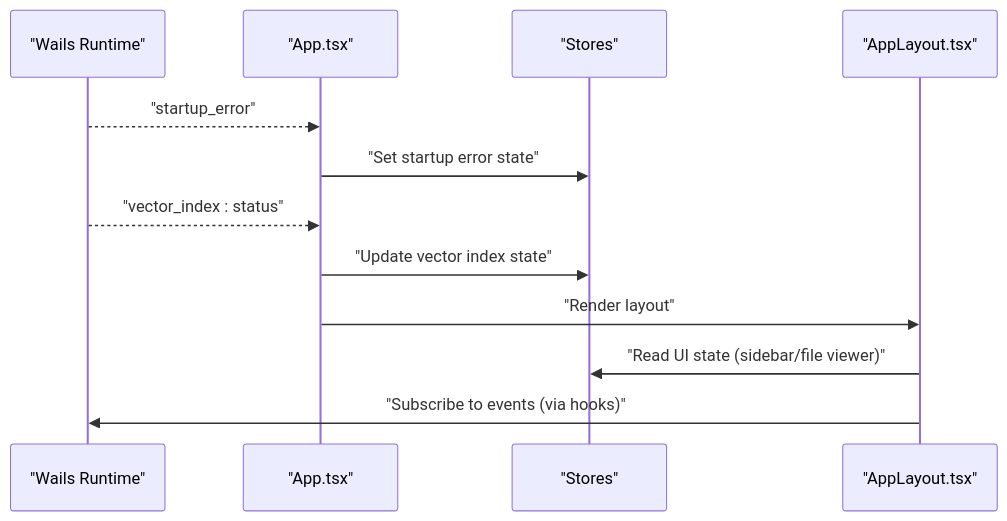
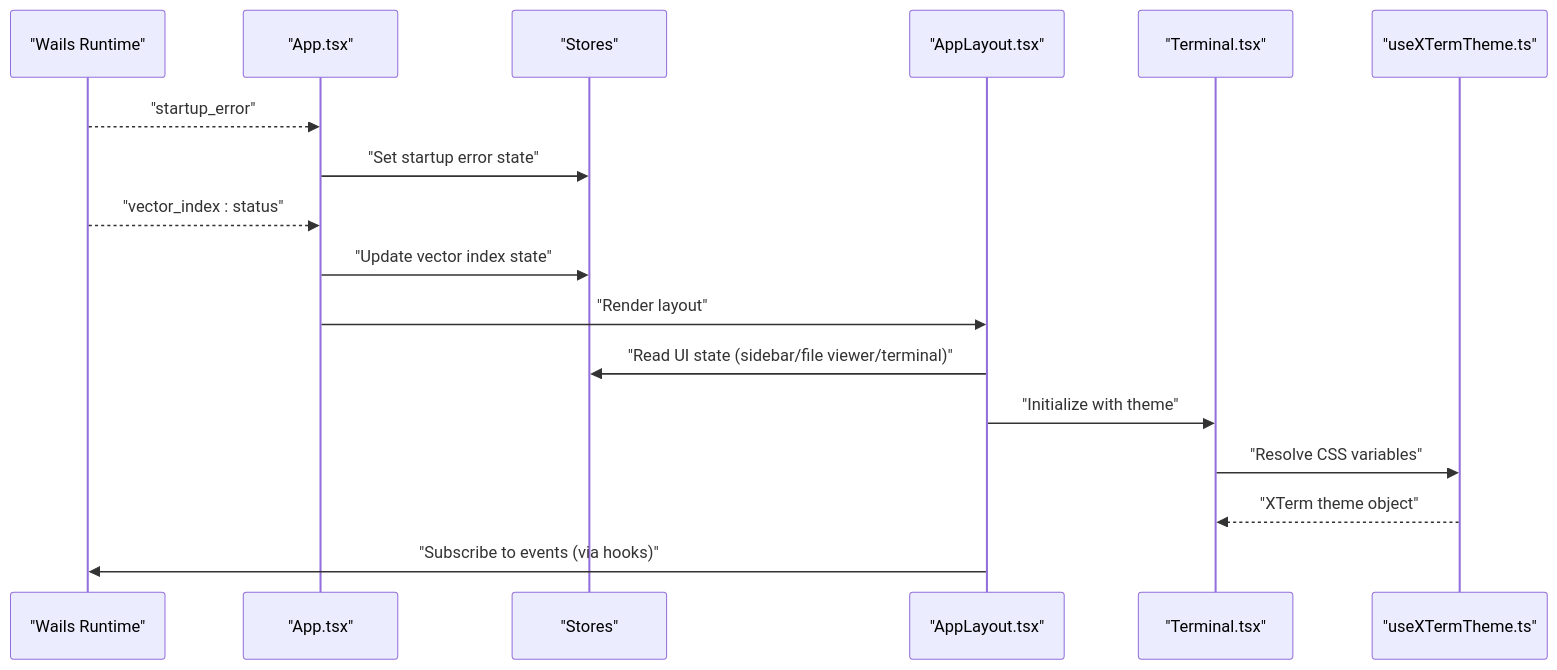
Before and after one commit to v0lka/c0wrk: the second of 11 diagrams in .qoder/repowiki/en/content/Frontend Application/Frontend Application.md, drawn with Mermaid. The commit also changed other lines of this file and 52 other files, not shown here.

````diff
--- a/.qoder/repowiki/en/content/Frontend Application/Frontend Application.md
+++ b/.qoder/repowiki/en/content/Frontend Application/Frontend Application.md
@@ -99,14 +125,19 @@
 ```mermaid
 sequenceDiagram
 participant Runtime as "Wails Runtime"
 participant App as "App.tsx"
 participant Store as "Stores"
 participant Layout as "AppLayout.tsx"
+participant Terminal as "Terminal.tsx"
+participant Theme as "useXTermTheme.ts"
 Runtime-->>App : "startup_error"
 App->>Store : "Set startup error state"
 Runtime-->>App : "vector_index : status"
 App->>Store : "Update vector index state"
 App->>Layout : "Render layout"
-Layout->>Store : "Read UI state (sidebar/file viewer)"
+Layout->>Store : "Read UI state (sidebar/file viewer/terminal)"
+Layout->>Terminal : "Initialize with theme"
+Terminal->>Theme : "Resolve CSS variables"
+Theme-->>Terminal : "XTerm theme object"
 Layout->>Runtime : "Subscribe to events (via hooks)"
 ```
````
